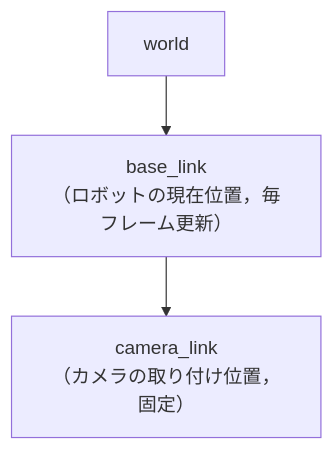
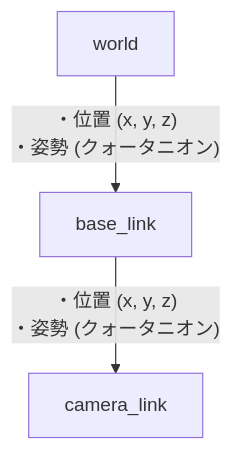
One commit to Harlequinade1123/ros1-tutorials changed the fourth of 4 diagrams in docs/12_tf.md. Above: the diagram before and after it, drawn with Mermaid. The commit also changed other lines of this file, not shown here.

````diff
--- a/docs/12_tf.md
+++ b/docs/12_tf.md
@@ -30,8 +151,8 @@
 ```mermaid
 graph TD
     world["world"]
-    base_link["base_link<br/>（ロボットの現在位置，毎フレーム更新）"]
-    camera_link["camera_link<br/>（カメラの取り付け位置，固定）"]
-    world --> base_link
-    base_link --> camera_link
+    base_link["base_link"]
+    camera_link["camera_link"]
+    world -->|"・位置 (x, y, z)<br/>・姿勢 (クォータニオン)"| base_link
+    base_link -->|"・位置 (x, y, z)<br/>・姿勢 (クォータニオン)"| camera_link
 ```
````
